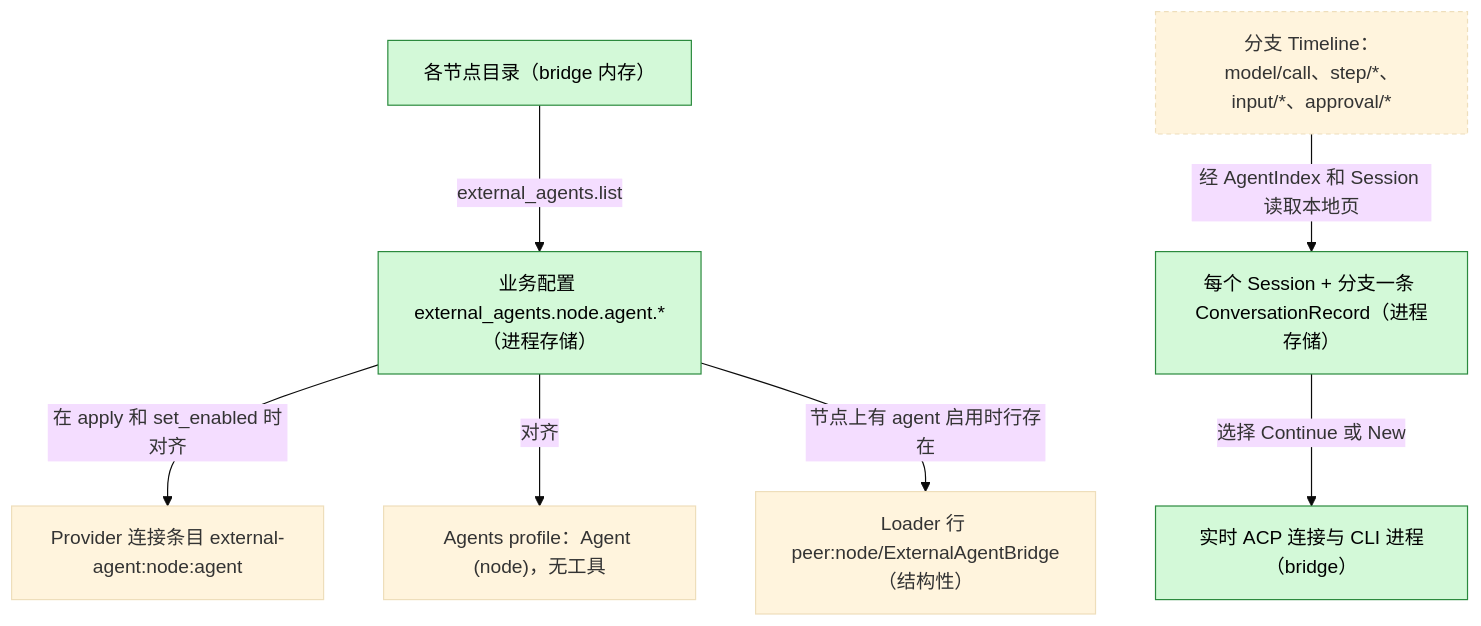
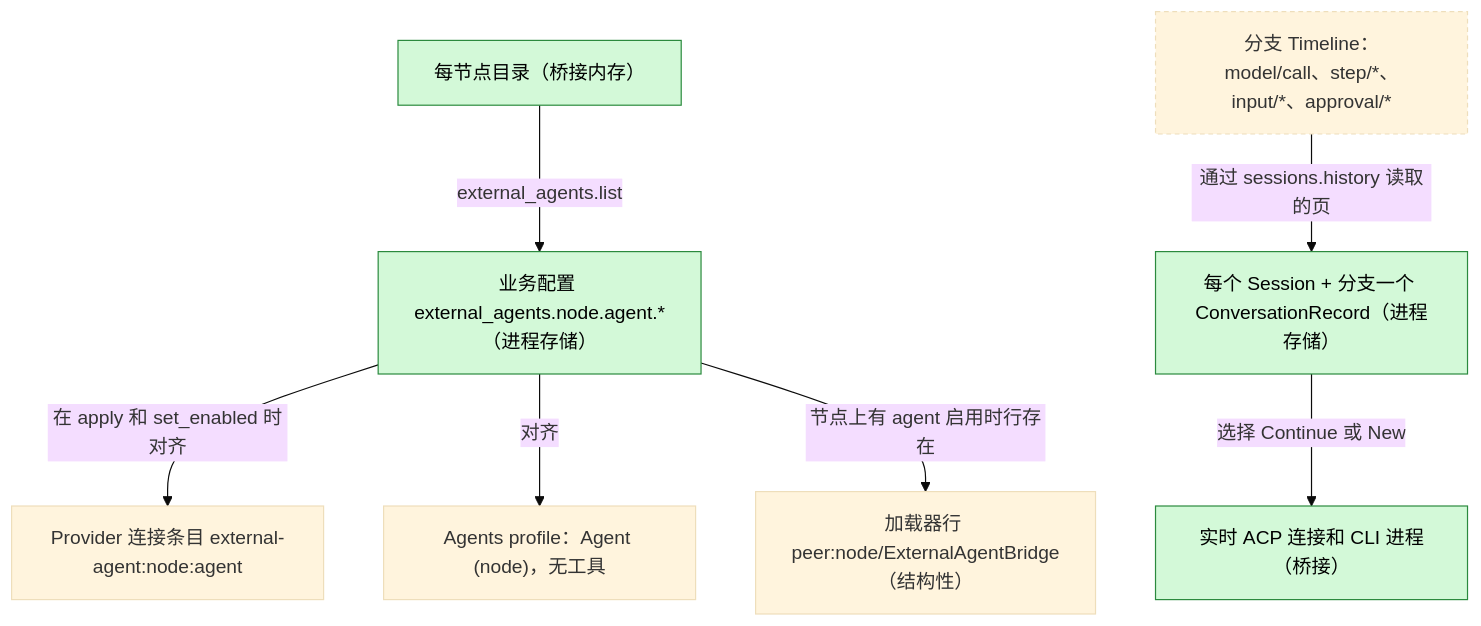
One commit to CoutinhoTTS/dim-agent changed the second of 5 diagrams in docs/zh/design/plugins/ExternalAgent.md. Above: the diagram before and after it, drawn with Mermaid (base theme). The commit also changed other lines of this file and 18 other files, not shown here.

````diff
--- a/docs/zh/design/plugins/ExternalAgent.md
+++ b/docs/zh/design/plugins/ExternalAgent.md
@@ -56,19 +55,19 @@
 ```mermaid
 flowchart TB
   classDef new fill:#d3f9d8,stroke:#2b8a3e,color:#000
   classDef contract stroke-dasharray:4 3
   Cfg["业务配置 external_agents.node.agent.*（进程存储）"]:::new
-  Row["Loader 行 peer:node/ExternalAgentBridge（结构性）"]
+  Row["加载器行 peer:node/ExternalAgentBridge（结构性）"]
   Conn["Provider 连接条目 external-agent:node:agent"]
   Prof["Agents profile：Agent (node)，无工具"]
-  Rec["每个 Session + 分支一条 ConversationRecord（进程存储）"]:::new
-  Cat["各节点目录（bridge 内存）"]:::new
-  Live["实时 ACP 连接与 CLI 进程（bridge）"]:::new
+  Rec["每个 Session + 分支一个 ConversationRecord（进程存储）"]:::new
+  Cat["每节点目录（桥接内存）"]:::new
+  Live["实时 ACP 连接和 CLI 进程（桥接）"]:::new
   TL["分支 Timeline：model/call、step/*、input/*、approval/*"]:::contract
   Cfg -->|"在 apply 和 set_enabled 时对齐"| Conn
   Cfg -->|"对齐"| Prof
   Cfg -->|"节点上有 agent 启用时行存在"| Row
-  TL -->|"经 AgentIndex 和 Session 读取本地页"| Rec
+  TL -->|"通过 sessions.history 读取的页"| Rec
   Rec -->|"选择 Continue 或 New"| Live
   Cat -->|"external_agents.list"| Cfg
 ```
````
